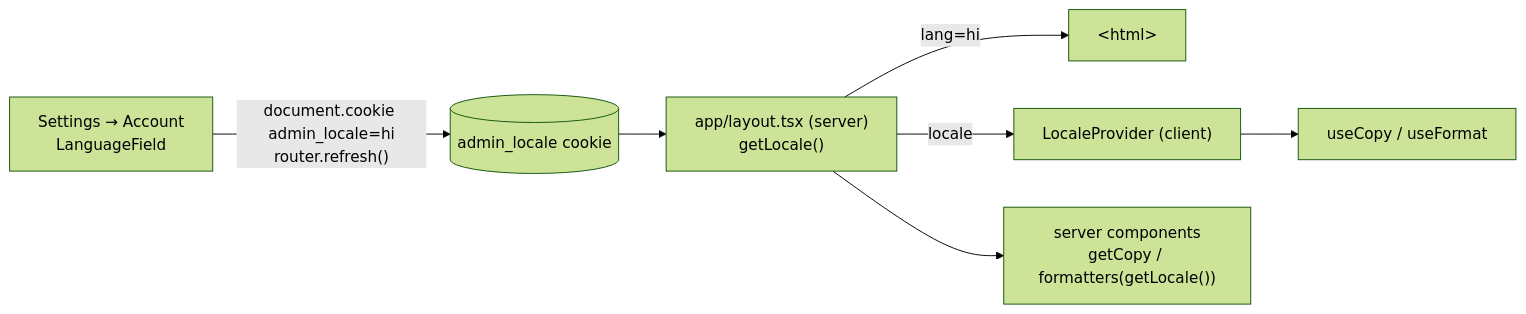
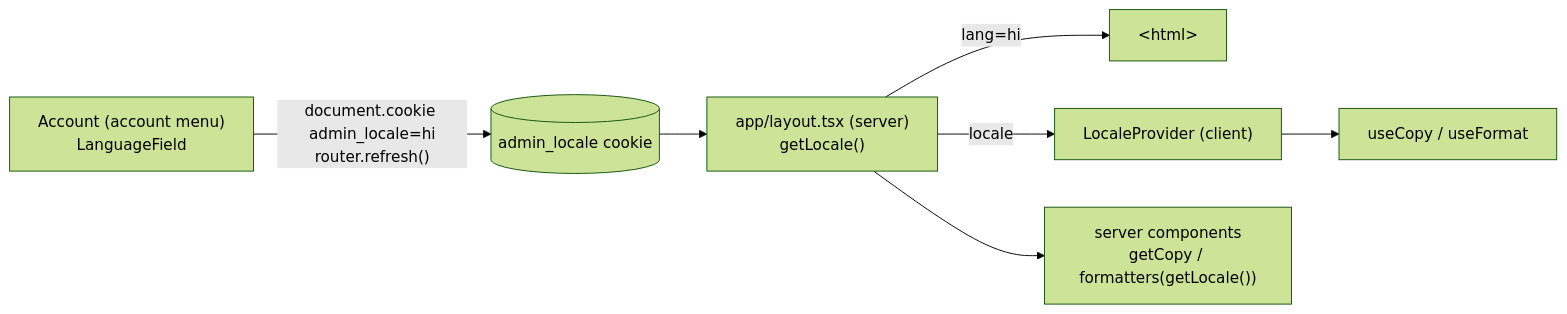
One commit to Viora-Tech/e-commerce changed the diagram in apps/docs/content/developer-docs/building/admin-languages.mdx. Above: the diagram before and after it, drawn with Mermaid (forest theme). The commit also changed 87 other files, not shown here.

First line of the commit message:
feat(admin): settings in six groups; Business and GST + Taxes as one tabbed page; account menu

````diff
--- a/apps/docs/content/developer-docs/building/admin-languages.mdx
+++ b/apps/docs/content/developer-docs/building/admin-languages.mdx
@@ -19,9 +19,9 @@
 ```mermaid
 flowchart LR
-  picker["Settings → Account<br/>LanguageField"] -- "document.cookie admin_locale=hi<br/>router.refresh()" --> cookie[(admin_locale cookie)]
+  picker["Account (account menu)<br/>LanguageField"] -- "document.cookie admin_locale=hi<br/>router.refresh()" --> cookie[(admin_locale cookie)]
   cookie --> layout["app/layout.tsx (server)<br/>getLocale()"]
   layout -- "lang=hi" --> html["&lt;html&gt;"]
   layout -- "locale" --> provider["LocaleProvider (client)"]
   provider --> hook["useCopy / useFormat"]
   layout --> server["server components<br/>getCopy / formatters(getLocale())"]
 ```
````
